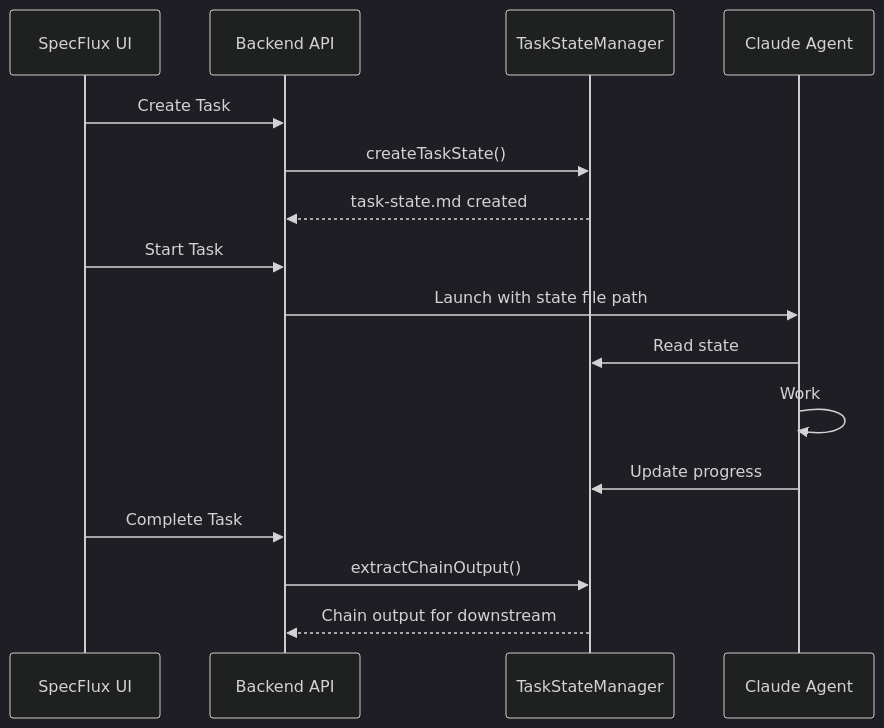
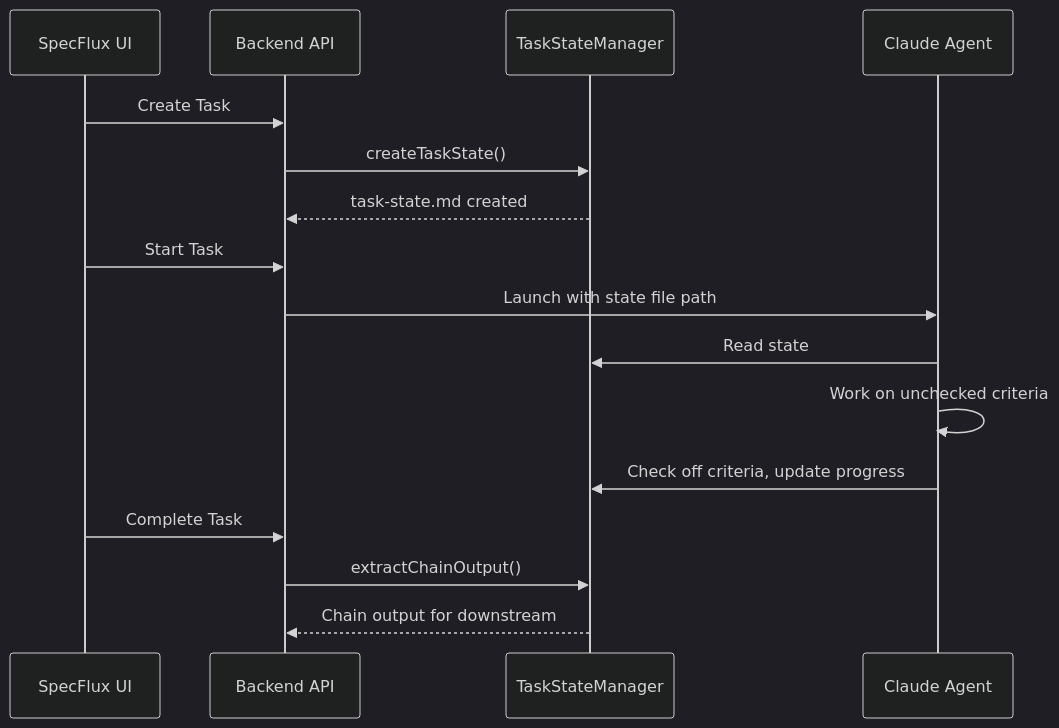
The third of 3 diagrams in docs/research/unified-task-state-design.md (cliangdev/specflux), drawn with Mermaid (dark theme) before and after one commit. The commit also changed other lines of this file, not shown here.

````diff
--- a/docs/research/unified-task-state-design.md
+++ b/docs/research/unified-task-state-design.md
@@ -648,21 +589,21 @@
 ```mermaid
 sequenceDiagram
     participant UI as SpecFlux UI
     participant API as Backend API
     participant TSM as TaskStateManager
     participant Agent as Claude Agent
 
     UI->>API: Create Task
     API->>TSM: createTaskState()
     TSM-->>API: task-state.md created
 
     UI->>API: Start Task
     API->>Agent: Launch with state file path
     Agent->>TSM: Read state
-    Agent->>Agent: Work
-    Agent->>TSM: Update progress
+    Agent->>Agent: Work on unchecked criteria
+    Agent->>TSM: Check off criteria, update progress
 
     UI->>API: Complete Task
     API->>TSM: extractChainOutput()
     TSM-->>API: Chain output for downstream
 ```
````
